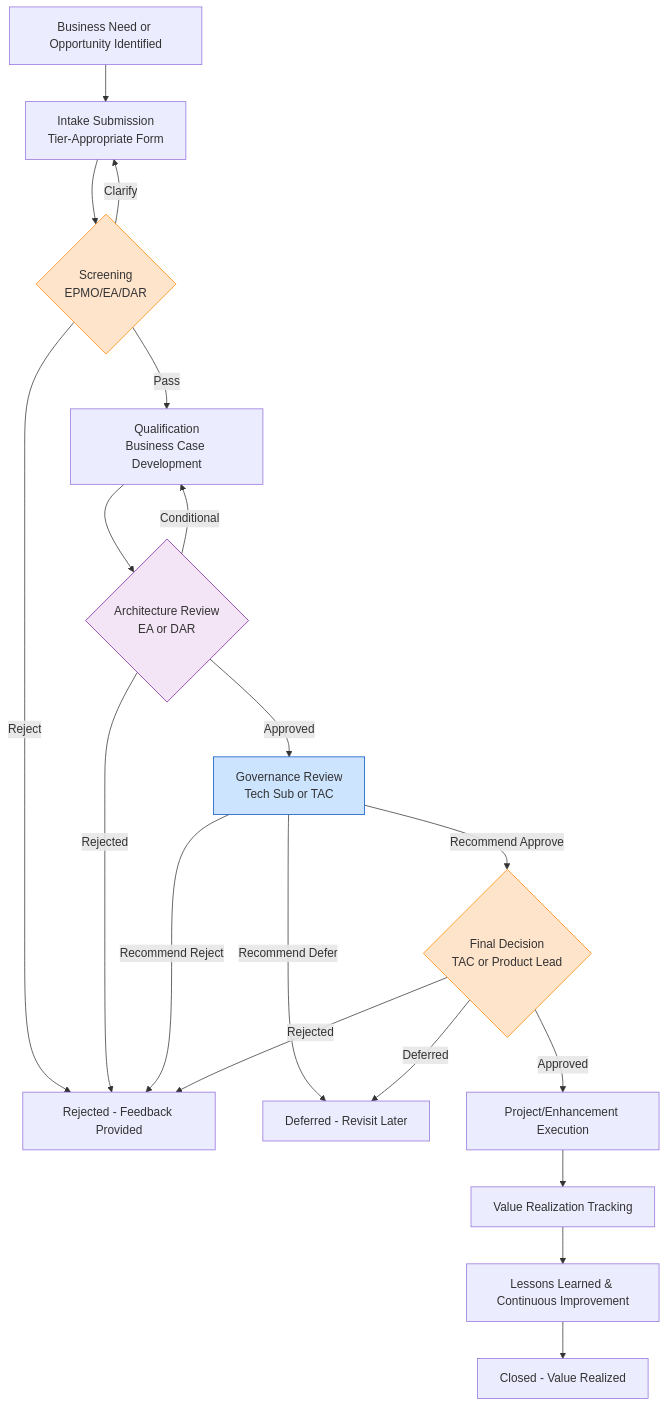
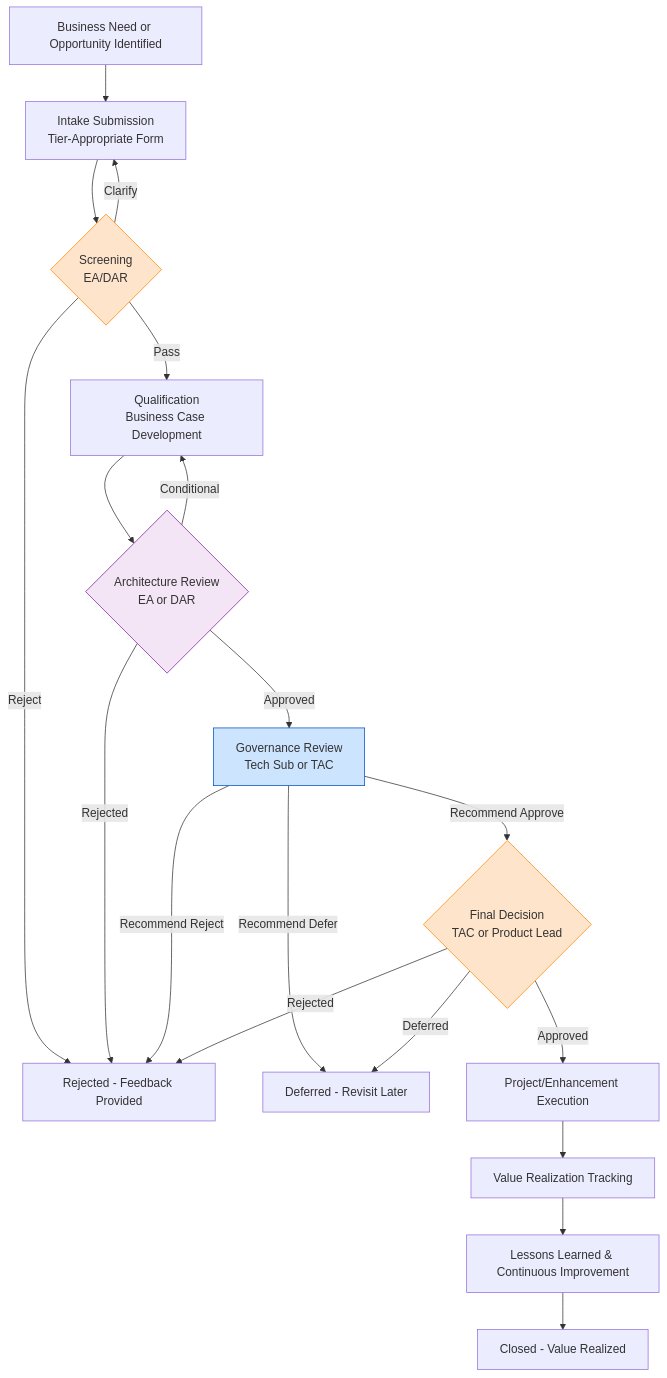
Before and after one commit to atomicx6637/ba-architecture: the second of 7 diagrams in ea-demand-management-program.md, drawn with Mermaid. The commit also changed other lines of this file, not shown here.

````diff
--- a/ea-demand-management-program.md
+++ b/ea-demand-management-program.md
@@ -1890,30 +1891,30 @@
 ```mermaid
 flowchart TD
     Start[Business Need or Opportunity Identified] --> Intake[Intake Submission<br/>Tier-Appropriate Form]
-    Intake --> Screen{Screening<br/>EPMO/EA/DAR}
+    Intake --> Screen{Screening<br/>EA/DAR}
     Screen -->|Pass| Qualify[Qualification<br/>Business Case Development]
     Screen -->|Clarify| Intake
     Screen -->|Reject| End1[Rejected - Feedback Provided]
 
     Qualify --> ArchReview{Architecture Review<br/>EA or DAR}
     ArchReview -->|Approved| Governance[Governance Review<br/>Tech Sub or TAC]
     ArchReview -->|Conditional| Qualify
     ArchReview -->|Rejected| End1
 
     Governance -->|Recommend Approve| FinalDecision{Final Decision<br/>TAC or Product Lead}
     Governance -->|Recommend Defer| End2[Deferred - Revisit Later]
     Governance -->|Recommend Reject| End1
 
     FinalDecision -->|Approved| Execute[Project/Enhancement Execution]
     FinalDecision -->|Deferred| End2
     FinalDecision -->|Rejected| End1
 
     Execute --> ValueTrack[Value Realization Tracking]
     ValueTrack --> Lessons[Lessons Learned & Continuous Improvement]
     Lessons --> End3[Closed - Value Realized]
 
     style Screen fill:#ffe4cc,stroke:#ff8800
     style ArchReview fill:#f3e5f5,stroke:#7b1fa2
     style Governance fill:#cde4ff,stroke:#0050be
     style FinalDecision fill:#ffe4cc,stroke:#ff8800
 ```
````
